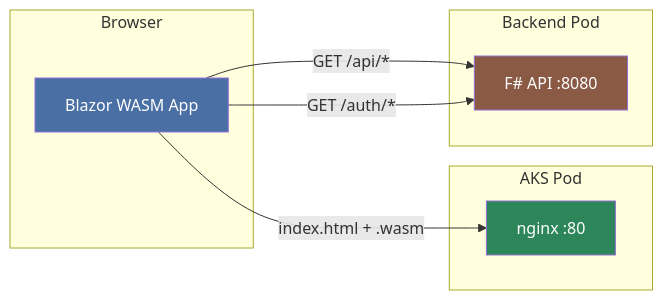
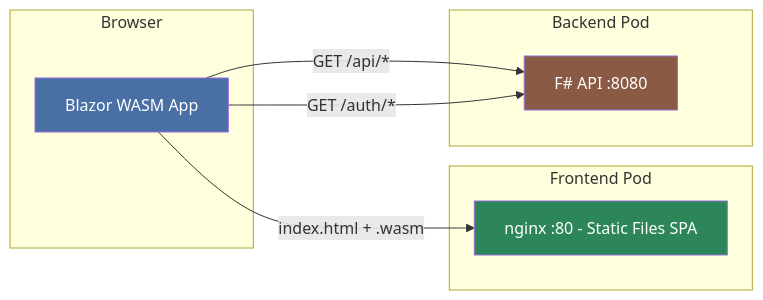
One commit to jagasafari/longevity changed the first of 3 diagrams in longevity-frontend/README.md. Above: the diagram before and after it, drawn with Mermaid. The commit also changed other lines of this file and 3 other files, not shown here.

````diff
--- a/longevity-frontend/README.md
+++ b/longevity-frontend/README.md
@@ -7,22 +7,22 @@
 ```mermaid
 graph LR
     subgraph Browser
         Blazor[Blazor WASM App]
     end
 
-    subgraph AKS Pod
-        Nginx[nginx :80]
+    subgraph Frontend Pod
+        Nginx[nginx :80 - Static Files SPA]
     end
 
     subgraph Backend Pod
         API[F# API :8080]
     end
 
     Blazor -->|index.html + .wasm| Nginx
     Blazor -->|GET /api/*| API
     Blazor -->|GET /auth/*| API
 
     style Blazor fill:#4a6fa5,color:#fff
     style Nginx fill:#2d8659,color:#fff
     style API fill:#8a5a44,color:#fff
 ```
````
